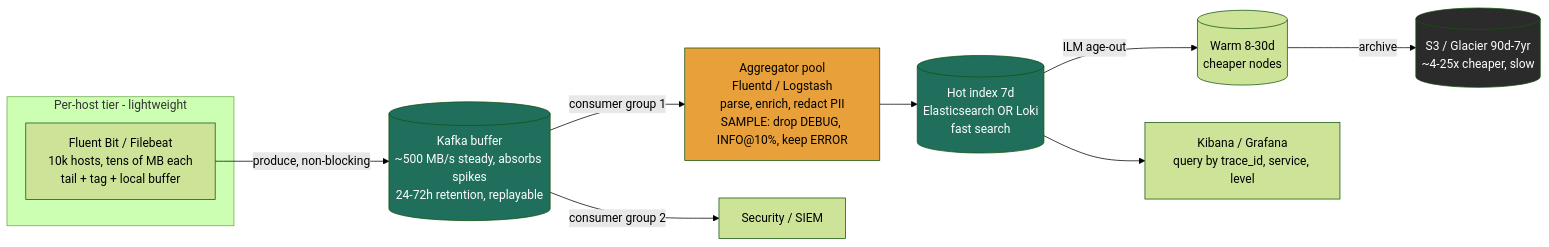
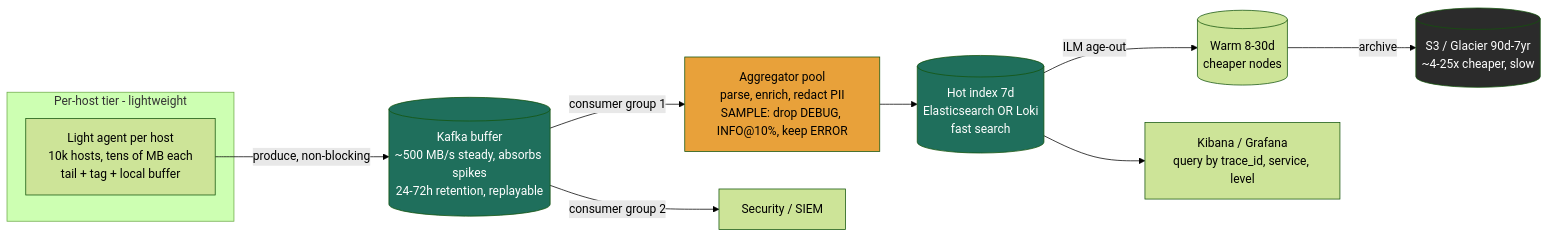
Before and after one commit to hkrathore/sysdesign-course: the diagram in src/content/docs/module-3/lesson-3-13.md, drawn with Mermaid (forest theme). The commit also changed other lines of this file and 40 other files, not shown here.

````diff
--- a/src/content/docs/module-3/lesson-3-13.md
+++ b/src/content/docs/module-3/lesson-3-13.md
@@ -111,17 +112,17 @@
 ```mermaid
 flowchart LR
     subgraph Edge[Per-host tier - lightweight]
-      A1[Fluent Bit / Filebeat<br/>10k hosts, tens of MB each<br/>tail + tag + local buffer]
+      A1[Light agent per host<br/>10k hosts, tens of MB each<br/>tail + tag + local buffer]
     end
     A1 -->|produce, non-blocking| K[(Kafka buffer<br/>~500 MB/s steady, absorbs spikes<br/>24-72h retention, replayable)]
-    K -->|consumer group 1| AGG[Aggregator pool<br/>Fluentd / Logstash<br/>parse, enrich, redact PII<br/>SAMPLE: drop DEBUG, INFO@10%, keep ERROR]
+    K -->|consumer group 1| AGG[Aggregator pool<br/>parse, enrich, redact PII<br/>SAMPLE: drop DEBUG, INFO@10%, keep ERROR]
     K -->|consumer group 2| SIEM[Security / SIEM]
     AGG --> HOT[(Hot index 7d<br/>Elasticsearch OR Loki<br/>fast search)]
     HOT -->|ILM age-out| WARM[(Warm 8-30d<br/>cheaper nodes)]
     WARM -->|archive| COLD[(S3 / Glacier 90d-7yr<br/>~4-25x cheaper, slow)]
     HOT --> Q[Kibana / Grafana<br/>query by trace_id, service, level]
     style K fill:#1f6f5c,color:#fff
     style AGG fill:#e8a13a,color:#000
     style HOT fill:#1f6f5c,color:#fff
     style COLD fill:#2b2b2b,color:#fff
 ```
````
